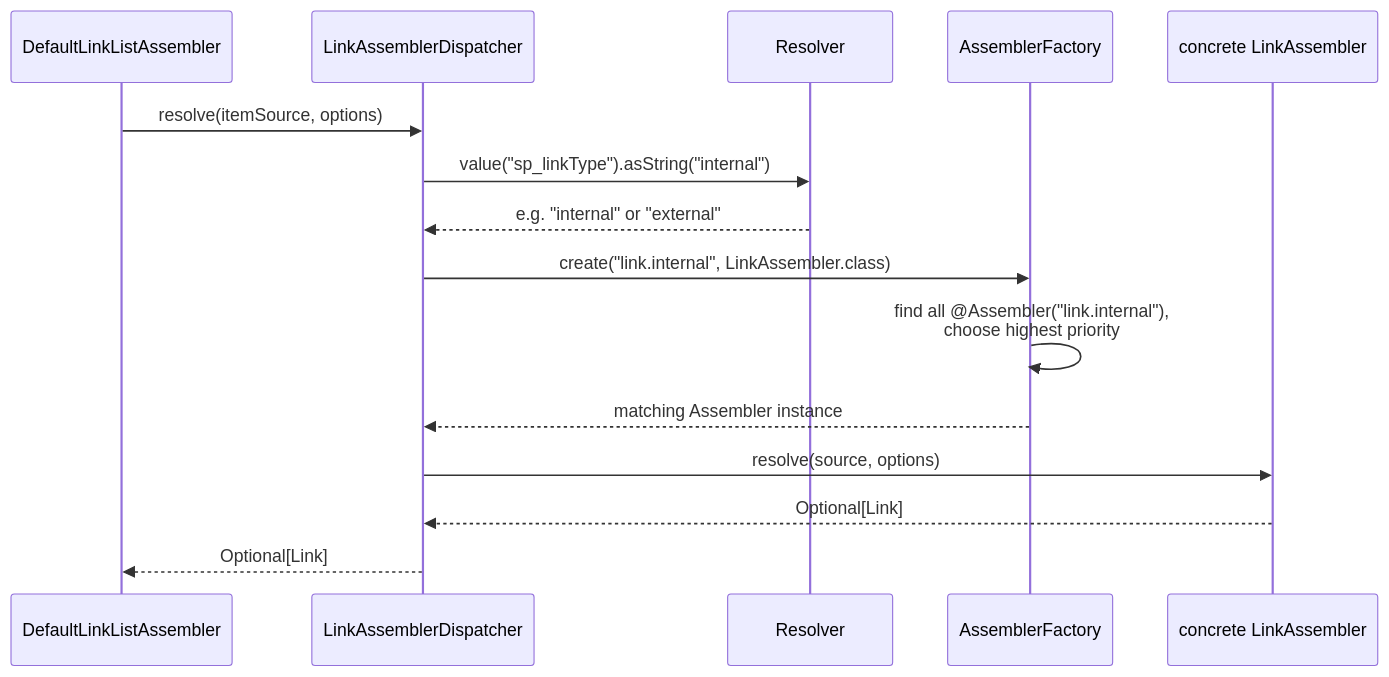
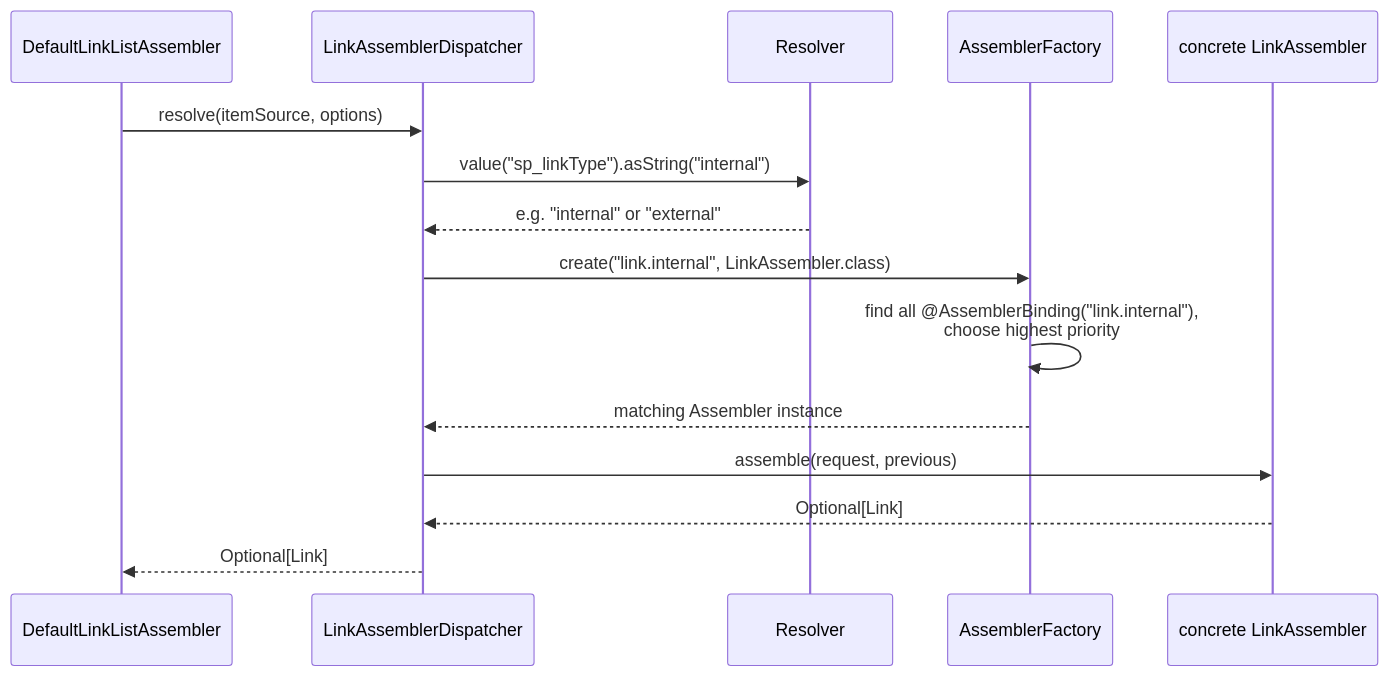
One commit to sitepark/ies-aggregator changed the diagram in docs/how-to/assembler-customization.md. Above: the diagram before and after it, drawn with Mermaid. The commit also changed other lines of this file and 5 other files, not shown here.

First line of the commit message:
docs: update assembler docs for @AssemblerBinding and Assembler<REQ,V>

````diff
--- a/docs/how-to/assembler-customization.md
+++ b/docs/how-to/assembler-customization.md
@@ -74,17 +75,17 @@
 ```mermaid
 sequenceDiagram
     participant LL as DefaultLinkListAssembler
     participant D as LinkAssemblerDispatcher
     participant R as Resolver
     participant F as AssemblerFactory
     participant A as concrete LinkAssembler
     LL ->> D: resolve(itemSource, options)
     D ->> R: value("sp_linkType").asString("internal")
     R -->> D: e.g. "internal" or "external"
     D ->> F: create("link.internal", LinkAssembler.class)
-    F ->> F: find all @Assembler("link.internal"),<br/>choose highest priority
+    F ->> F: find all @AssemblerBinding("link.internal"),<br/>choose highest priority
     F -->> D: matching Assembler instance
-    D ->> A: resolve(source, options)
+    D ->> A: assemble(request, previous)
     A -->> D: Optional[Link]
     D -->> LL: Optional[Link]
 ```
````
